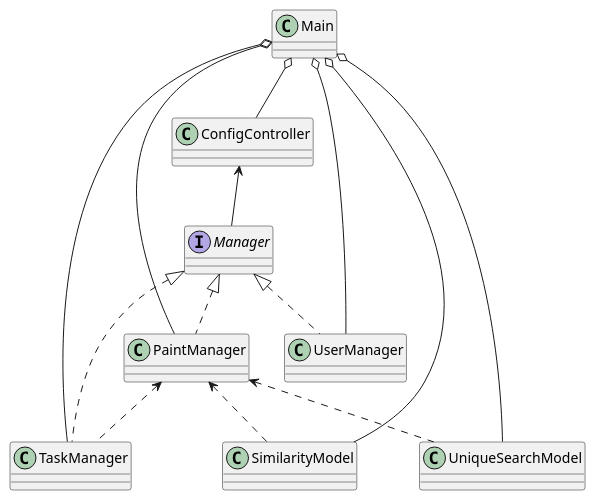
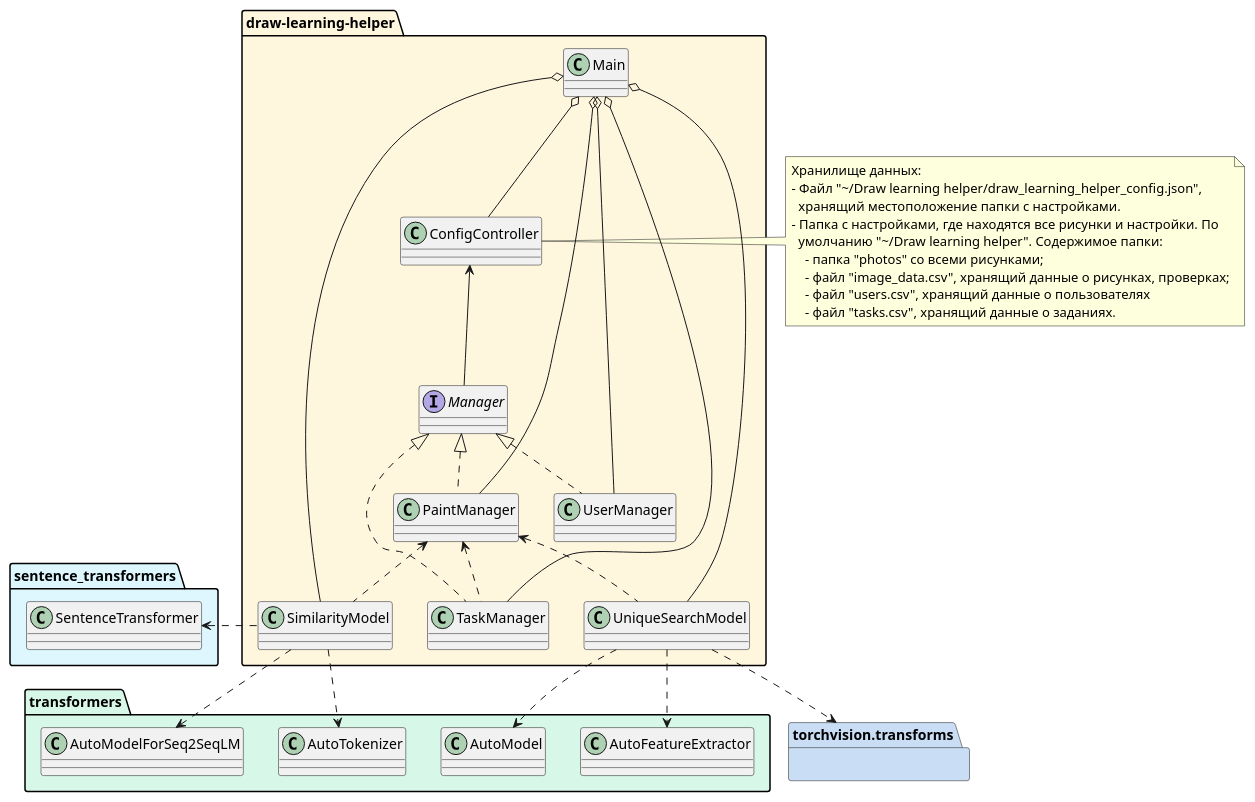
Before and after one commit to lruns/draw-learning-helper: the diagram in docs/classes-compact.plantuml, drawn with PlantUML. The commit also changed 2 other files, not shown here.

```diff
--- a/docs/classes-compact.plantuml
+++ b/docs/classes-compact.plantuml
@@ -1,23 +1,60 @@
 @startuml classes
 set namespaceSeparator none
-class ConfigController
-interface Manager
-class PaintManager implements Manager
-class SimilarityModel
-class TaskManager implements Manager
-class UniqueSearchModel
-class UserManager implements Manager
-class Main
+package "draw-learning-helper" #fff6de {
+    class ConfigController
+    interface Manager
+    class PaintManager implements Manager
+    class SimilarityModel
+    class TaskManager implements Manager
+    class UniqueSearchModel
+    class UserManager implements Manager
+    class Main
+}
+
+package "sentence_transformers" #def7ff {
+    class SentenceTransformer
+}
+
+package "transformers" #d7f7e8 {
+    class AutoTokenizer
+    class AutoModelForSeq2SeqLM
+    class AutoFeatureExtractor
+    class AutoModel
+}
+
+package "torchvision.transforms" #c9ddf5 {}
+
+
 
 Main o-- UniqueSearchModel
 Main o-- SimilarityModel
 Main o-- ConfigController
 Main o-- PaintManager
 Main o-- UserManager
 Main o-- TaskManager
 ConfigController <-- Manager
 PaintManager <.. SimilarityModel
 PaintManager <.. UniqueSearchModel
 PaintManager <.. TaskManager
+SimilarityModel.u>SentenceTransformer
+SimilarityModel..>AutoTokenizer
+SimilarityModel..>AutoModelForSeq2SeqLM
+UniqueSearchModel..>AutoFeatureExtractor
+UniqueSearchModel..>AutoModel
+UniqueSearchModel..>torchvision.transforms
+
+note left of ConfigController
+    Хранилище данных:
+    - Файл "\~/Draw learning helper/draw_learning_helper_config.json",
+      хранящий местоположение папки с настройками.
+    - Папка с настройками, где находятся все рисунки и настройки. По
+      умолчанию "\~/Draw learning helper". Содержимое папки:
+        - папка "photos" со всеми рисунками;
+        - файл "image_data.csv", хранящий данные о рисунках, проверках;
+        - файл "users.csv", хранящий данные о пользователях
+        - файл "tasks.csv", хранящий данные о заданиях.
+end note
+
+
 
 @enduml
```
